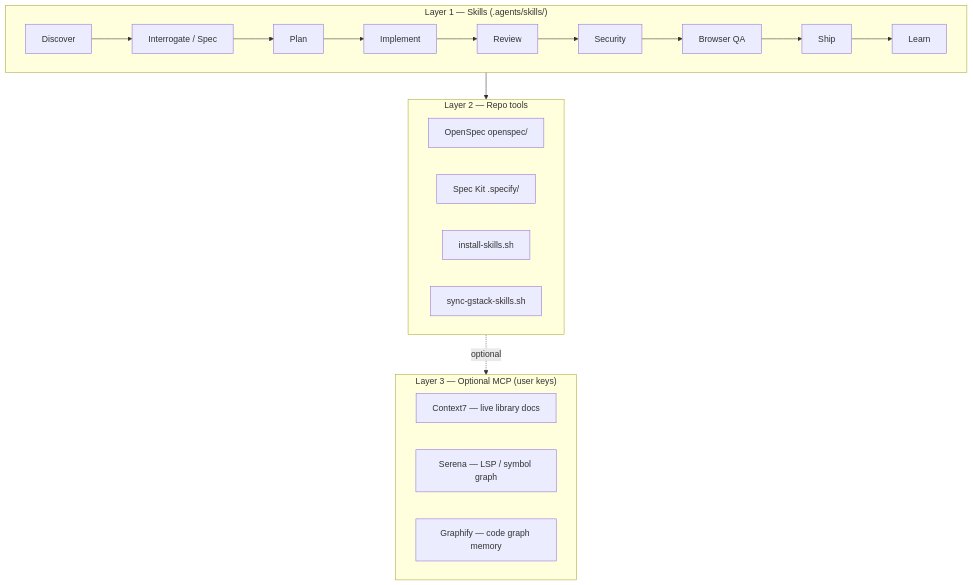
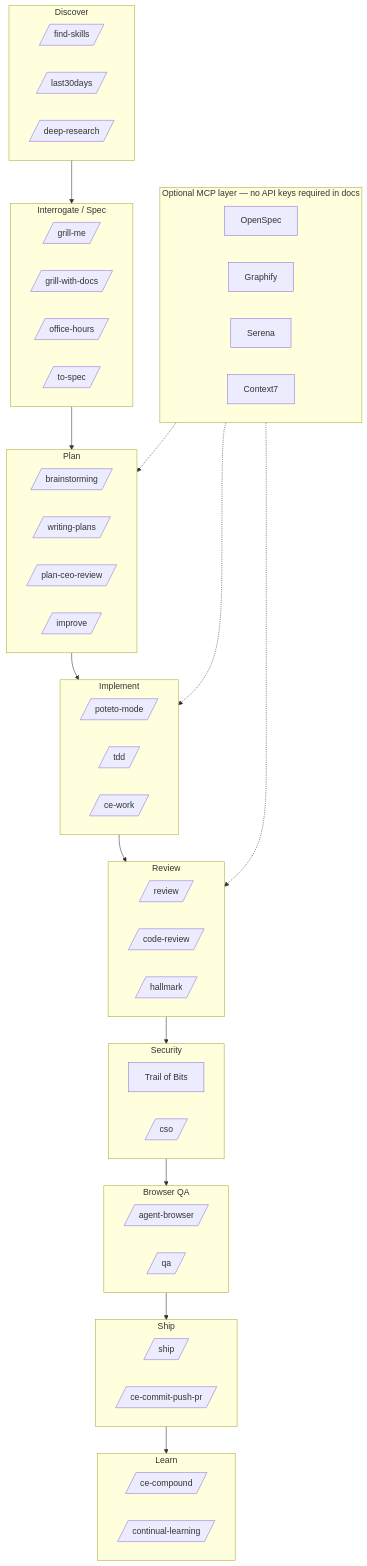
Before and after one commit to praxstack/ledger-atlas: the diagram in docs/agent-skills-setup.md, drawn with Mermaid. The commit also changed other lines of this file and 95 other files, not shown here.

First line of the commit message:
docs: 2026 skills architecture, selective NVIDIA/remotion in installer

````diff
--- a/docs/agent-skills-setup.md
+++ b/docs/agent-skills-setup.md
@@ -9,29 +9,66 @@
 ```mermaid
 flowchart TB
-  subgraph skills ["Layer 1 — Skills (.agents/skills/)"]
-    D[Discover] --> I[Interrogate / Spec]
-    I --> P[Plan]
-    P --> M[Implement]
-    M --> R[Review]
-    R --> S[Security]
-    S --> Q[Browser QA]
-    Q --> H[Ship]
-    H --> L[Learn]
+  subgraph discover [Discover]
+    FS[/find-skills/]
+    I30[/last30days/]
+    DR[/deep-research/]
   end
 
-  subgraph tools ["Layer 2 — Repo tools"]
-    OS[OpenSpec openspec/]
-    SK[Spec Kit .specify/]
-    IS[install-skills.sh]
-    GS[sync-gstack-skills.sh]
+  subgraph interrogate [Interrogate / Spec]
+    GM[/grill-me/]
+    GWD[/grill-with-docs/]
+    OH[/office-hours/]
+    TS[/to-spec/]
   end
 
-  subgraph mcp ["Layer 3 — Optional MCP (user keys)"]
-    C7[Context7 — live library docs]
-    SE[Serena — LSP / symbol graph]
-    GF[Graphify — code graph memory]
+  subgraph plan [Plan]
+    BS[/brainstorming/]
+    WP[/writing-plans/]
+    PCR[/plan-ceo-review/]
+    IMP[/improve/]
   end
 
-  skills --> tools
-  tools -.->|optional| mcp
+  subgraph implement [Implement]
+    PM[/poteto-mode/]
+    TDD[/tdd/]
+    CEW[/ce-work/]
+  end
+
+  subgraph review [Review]
+    RV[/review/]
+    CR[/code-review/]
+    HL[/hallmark/]
+  end
+
+  subgraph security [Security]
+    TOB[Trail of Bits]
+    CSO[/cso/]
+  end
+
+  subgraph qa [Browser QA]
+    AB[/agent-browser/]
+    QA[/qa/]
+  end
+
+  subgraph ship [Ship]
+    SH[/ship/]
+    CCP[/ce-commit-push-pr/]
+  end
+
+  subgraph learn [Learn]
+    CC[/ce-compound/]
+    CL[/continual-learning/]
+  end
+
+  subgraph optional_mcp [Optional MCP layer — no API keys required in docs]
+    OS[OpenSpec]
+    GF[Graphify]
+    SR[Serena]
+    C7[Context7]
+  end
+
+  discover --> interrogate --> plan --> implement --> review --> security --> qa --> ship --> learn
+  optional_mcp -.-> plan
+  optional_mcp -.-> implement
+  optional_mcp -.-> review
 ```
````
